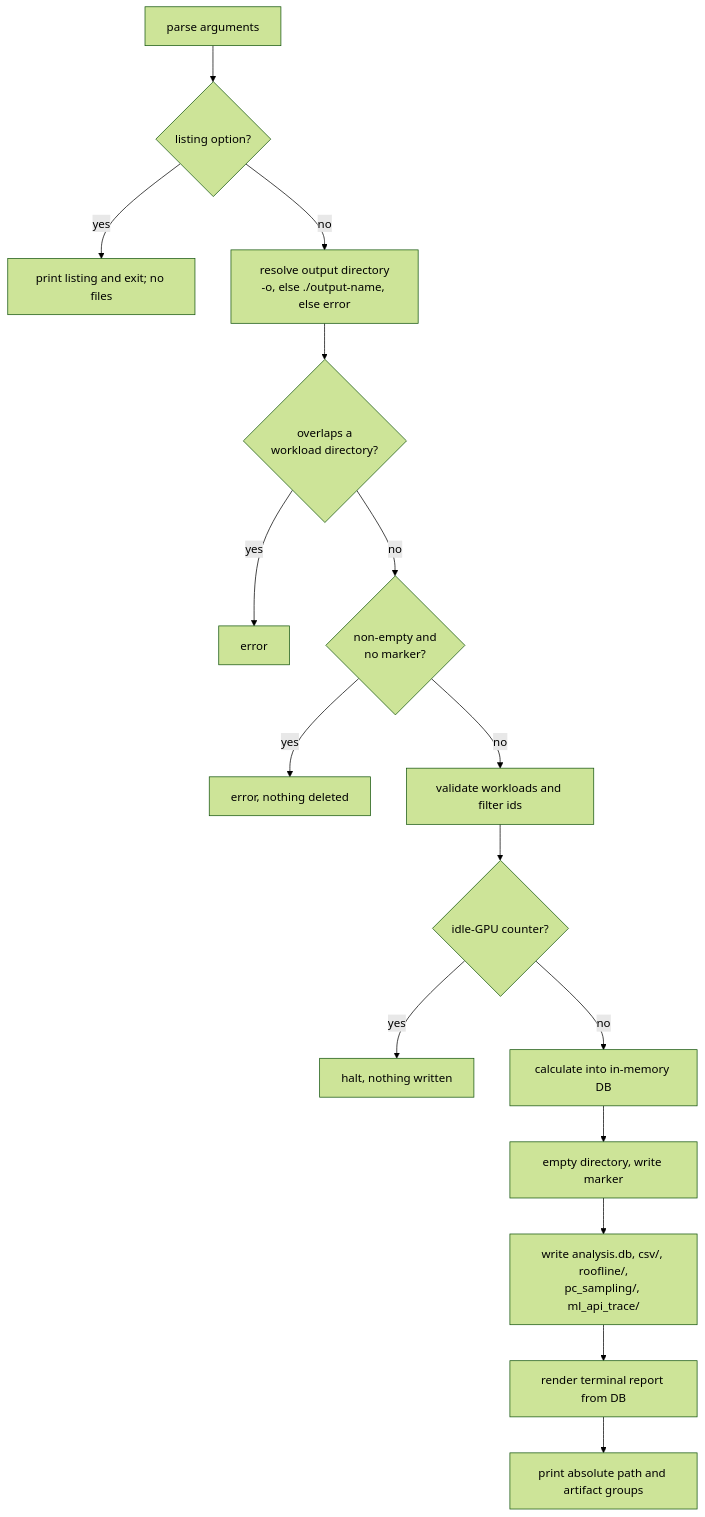
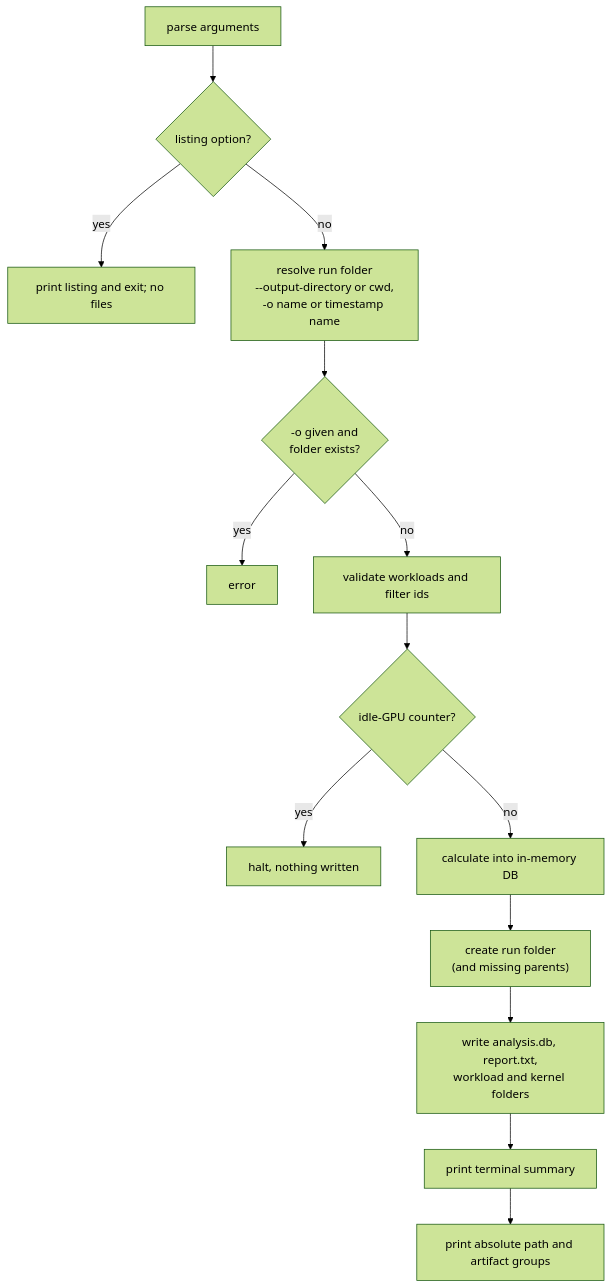
One commit to ROCm/rocm-systems changed the third of 3 diagrams in projects/rocprofiler-compute/docs/design/hld-analyze-unified-output.md. Above: the diagram before and after it, drawn with Mermaid (forest theme). The commit also changed other lines of this file, not shown here.

````diff
--- a/projects/rocprofiler-compute/docs/design/hld-analyze-unified-output.md
+++ b/projects/rocprofiler-compute/docs/design/hld-analyze-unified-output.md
@@ -218,18 +248,16 @@
 ```mermaid
 flowchart TD
     A[parse arguments] --> L{listing option?}
     L -->|yes| P[print listing and exit; no files]
-    L -->|no| R["resolve output directory<br/>-o, else ./output-name, else error"]
-    R --> O{"overlaps a<br/>workload directory?"}
-    O -->|yes| E1[error]
-    O -->|no| M{"non-empty and<br/>no marker?"}
-    M -->|yes| E2[error, nothing deleted]
-    M -->|no| V["validate workloads and filter ids"]
+    L -->|no| R["resolve run folder<br/>--output-directory or cwd,<br/>-o name or timestamp name"]
+    R --> X{"-o given and<br/>folder exists?"}
+    X -->|yes| E1[error]
+    X -->|no| V["validate workloads and filter ids"]
     V --> G{"idle-GPU counter?"}
     G -->|yes| E3[halt, nothing written]
     G -->|no| C["calculate into in-memory DB"]
-    C --> K["empty directory, write marker"]
-    K --> W["write analysis.db, csv/, roofline/,<br/>pc_sampling/, ml_api_trace/"]
-    W --> T["render terminal report from DB"]
+    C --> K["create run folder<br/>(and missing parents)"]
+    K --> W["write analysis.db, report.txt,<br/>workload and kernel folders"]
+    W --> T["print terminal summary"]
     T --> S["print absolute path and artifact groups"]
 ```
````
